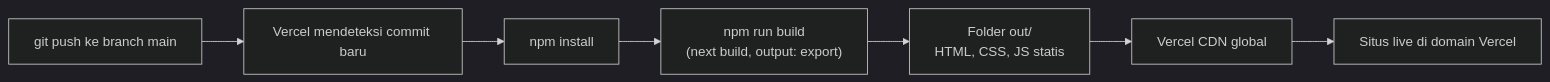
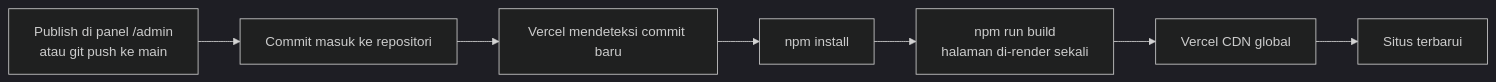
The diagram in README.md (Rianfirnanda/Portofolio), drawn with Mermaid (dark theme) before and after one commit. The commit also changed other lines of this file and 45 other files, not shown here.

````diff
--- a/README.md
+++ b/README.md
@@ -135,9 +150,9 @@
 ```mermaid
 flowchart LR
-    A["git push ke branch main"] --> B["Vercel mendeteksi commit baru"]
-    B --> C["npm install"]
-    C --> D["npm run build<br/>(next build, output: export)"]
-    D --> E["Folder out/<br/>HTML, CSS, JS statis"]
+    A["Publish di panel /admin<br/>atau git push ke main"] --> B["Commit masuk ke repositori"]
+    B --> C["Vercel mendeteksi commit baru"]
+    C --> D["npm install"]
+    D --> E["npm run build<br/>halaman di-render sekali"]
     E --> F["Vercel CDN global"]
-    F --> G["Situs live di domain Vercel"]
+    F --> G["Situs terbarui"]
 ```
````
